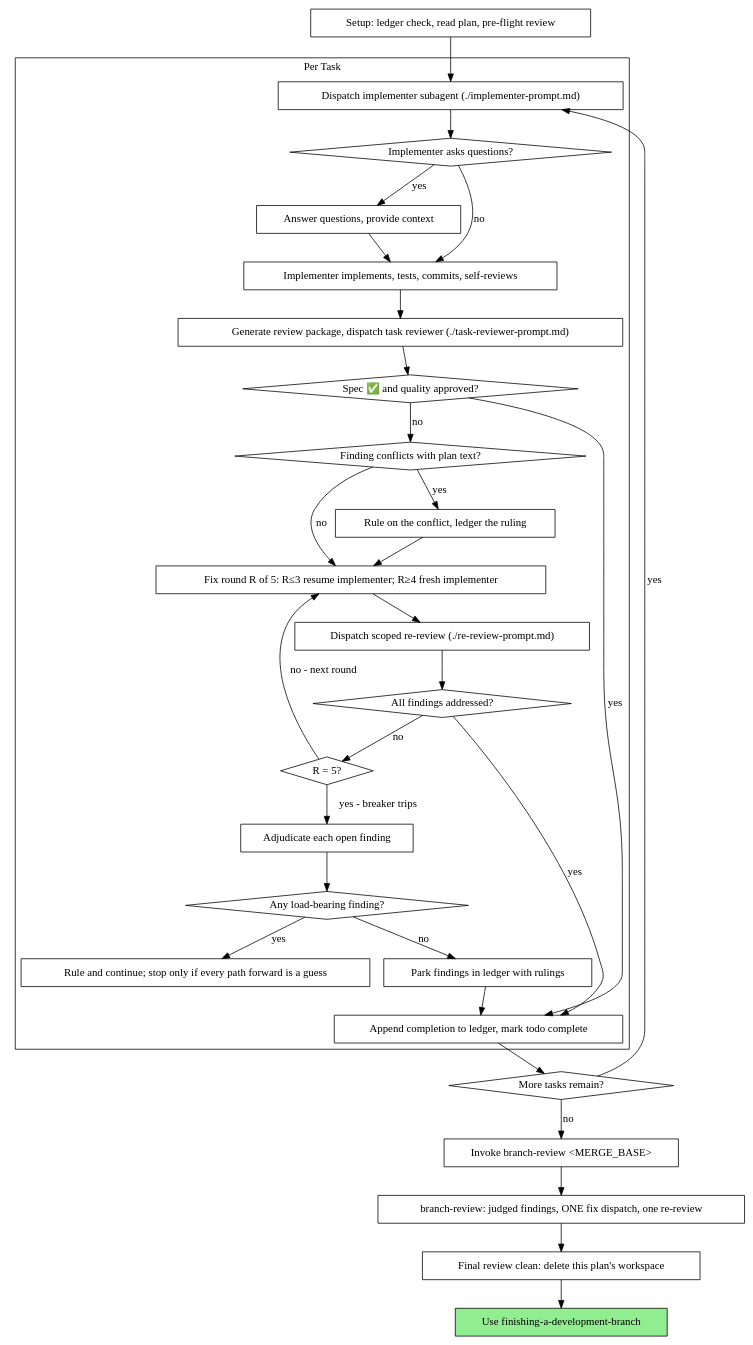
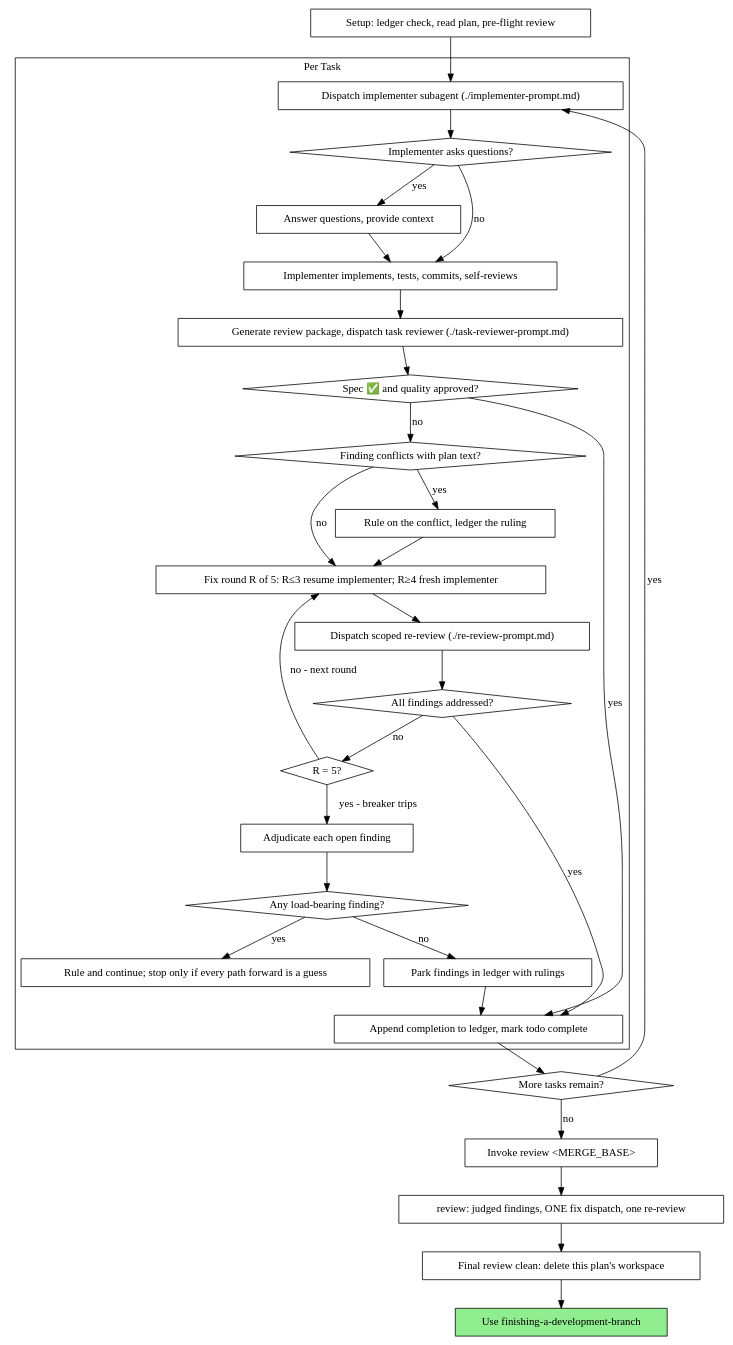
Before and after one commit to VerusK/claude-skills: the second of 2 diagrams in skills/subagent-driven-development/SKILL.md, drawn with Graphviz. The commit also changed other lines of this file and 5 other files, not shown here.

````diff
--- a/skills/subagent-driven-development/SKILL.md
+++ b/skills/subagent-driven-development/SKILL.md
@@ -53,62 +53,62 @@
 ```dot
 digraph process {
     rankdir=TB;
 
     subgraph cluster_per_task {
         label="Per Task";
         "Dispatch implementer subagent (./implementer-prompt.md)" [shape=box];
         "Implementer asks questions?" [shape=diamond];
         "Answer questions, provide context" [shape=box];
         "Implementer implements, tests, commits, self-reviews" [shape=box];
         "Generate review package, dispatch task reviewer (./task-reviewer-prompt.md)" [shape=box];
         "Spec ✅ and quality approved?" [shape=diamond];
         "Finding conflicts with plan text?" [shape=diamond];
         "Rule on the conflict, ledger the ruling" [shape=box];
         "Fix round R of 5: R≤3 resume implementer; R≥4 fresh implementer" [shape=box];
         "Dispatch scoped re-review (./re-review-prompt.md)" [shape=box];
         "All findings addressed?" [shape=diamond];
         "R = 5?" [shape=diamond];
         "Adjudicate each open finding" [shape=box];
         "Any load-bearing finding?" [shape=diamond];
         "Rule and continue; stop only if every path forward is a guess" [shape=box];
         "Park findings in ledger with rulings" [shape=box];
         "Append completion to ledger, mark todo complete" [shape=box];
     }
 
     "Setup: ledger check, read plan, pre-flight review" [shape=box];
     "More tasks remain?" [shape=diamond];
-    "Invoke branch-review <MERGE_BASE>" [shape=box];
-    "branch-review: judged findings, ONE fix dispatch, one re-review" [shape=box];
+    "Invoke review <MERGE_BASE>" [shape=box];
+    "review: judged findings, ONE fix dispatch, one re-review" [shape=box];
     "Final review clean: delete this plan's workspace" [shape=box];
     "Use finishing-a-development-branch" [shape=box style=filled fillcolor=lightgreen];
 
     "Setup: ledger check, read plan, pre-flight review" -> "Dispatch implementer subagent (./implementer-prompt.md)";
     "Dispatch implementer subagent (./implementer-prompt.md)" -> "Implementer asks questions?";
     "Implementer asks questions?" -> "Answer questions, provide context" [label="yes"];
     "Answer questions, provide context" -> "Implementer implements, tests, commits, self-reviews";
     "Implementer asks questions?" -> "Implementer implements, tests, commits, self-reviews" [label="no"];
     "Implementer implements, tests, commits, self-reviews" -> "Generate review package, dispatch task reviewer (./task-reviewer-prompt.md)";
     "Generate review package, dispatch task reviewer (./task-reviewer-prompt.md)" -> "Spec ✅ and quality approved?";
     "Spec ✅ and quality approved?" -> "Append completion to ledger, mark todo complete" [label="yes"];
     "Spec ✅ and quality approved?" -> "Finding conflicts with plan text?" [label="no"];
     "Finding conflicts with plan text?" -> "Rule on the conflict, ledger the ruling" [label="yes"];
     "Rule on the conflict, ledger the ruling" -> "Fix round R of 5: R≤3 resume implementer; R≥4 fresh implementer";
     "Finding conflicts with plan text?" -> "Fix round R of 5: R≤3 resume implementer; R≥4 fresh implementer" [label="no"];
     "Fix round R of 5: R≤3 resume implementer; R≥4 fresh implementer" -> "Dispatch scoped re-review (./re-review-prompt.md)";
     "Dispatch scoped re-review (./re-review-prompt.md)" -> "All findings addressed?";
     "All findings addressed?" -> "Append completion to ledger, mark todo complete" [label="yes"];
     "All findings addressed?" -> "R = 5?" [label="no"];
     "R = 5?" -> "Fix round R of 5: R≤3 resume implementer; R≥4 fresh implementer" [label="no - next round"];
     "R = 5?" -> "Adjudicate each open finding" [label="yes - breaker trips"];
     "Adjudicate each open finding" -> "Any load-bearing finding?";
     "Any load-bearing finding?" -> "Rule and continue; stop only if every path forward is a guess" [label="yes"];
     "Any load-bearing finding?" -> "Park findings in ledger with rulings" [label="no"];
     "Park findings in ledger with rulings" -> "Append completion to ledger, mark todo complete";
     "Append completion to ledger, mark todo complete" -> "More tasks remain?";
     "More tasks remain?" -> "Dispatch implementer subagent (./implementer-prompt.md)" [label="yes"];
-    "More tasks remain?" -> "Invoke branch-review <MERGE_BASE>" [label="no"];
-    "Invoke branch-review <MERGE_BASE>" -> "branch-review: judged findings, ONE fix dispatch, one re-review";
-    "branch-review: judged findings, ONE fix dispatch, one re-review" -> "Final review clean: delete this plan's workspace";
+    "More tasks remain?" -> "Invoke review <MERGE_BASE>" [label="no"];
+    "Invoke review <MERGE_BASE>" -> "review: judged findings, ONE fix dispatch, one re-review";
+    "review: judged findings, ONE fix dispatch, one re-review" -> "Final review clean: delete this plan's workspace";
     "Final review clean: delete this plan's workspace" -> "Use finishing-a-development-branch";
 }
 ```
````
